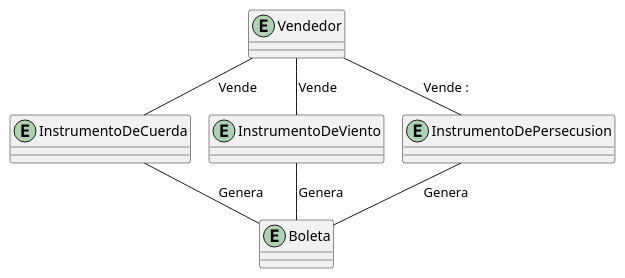
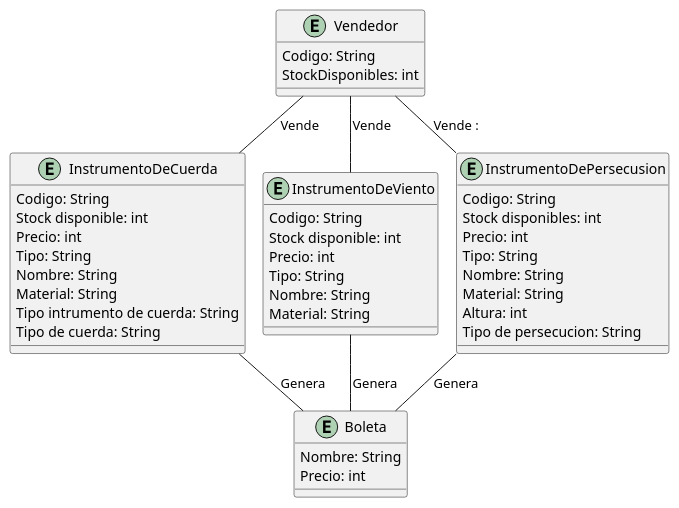
The diagram in DomainModel.puml (bxnjadev/SINV), drawn with PlantUML before and after one commit. The commit also changed 29 other files, not shown here.

Commit message:
docs: added diagram and domain model

```diff
--- a/DomainModel.puml
+++ b/DomainModel.puml
@@ -1,28 +1,53 @@
 @startuml
 !pragma layout smetana
 
 entity Vendedor {
+    Codigo: String
+    StockDisponibles: int
 }
 
 entity InstrumentoDeCuerda {
-
+    Codigo: String
+    Stock disponible: int
+    Precio: int
+    Tipo: String
+    Nombre: String
+    Material: String
+    Tipo intrumento de cuerda: String
+    Tipo de cuerda: String
 }
 
 entity InstrumentoDeViento {
+    Codigo: String
+    Stock disponible: int
+    Precio: int
+    Tipo: String
+    Nombre: String
+    Material: String
 }
 
 entity InstrumentoDePersecusion {
+    Codigo: String
+    Stock disponibles: int
+    Precio: int
+    Tipo: String
+    Nombre: String
+    Material: String
+    Altura: int
+    Tipo de persecucion: String
 }
 
 entity Boleta {
+    Nombre: String
+    Precio: int
 }
 
 Vendedor -- InstrumentoDeCuerda : Vende >
 Vendedor -- InstrumentoDePersecusion : Vende : >
 Vendedor -- InstrumentoDeViento : Vende >
 
-InstrumentoDePersecusion -- Boleta : Genera
-InstrumentoDeViento -- Boleta : Genera
-InstrumentoDeCuerda -- Boleta : Genera
+InstrumentoDePersecusion -- Boleta : Genera >
+InstrumentoDeViento -- Boleta : Genera >
+InstrumentoDeCuerda -- Boleta : Genera >
 
 @enduml
```
